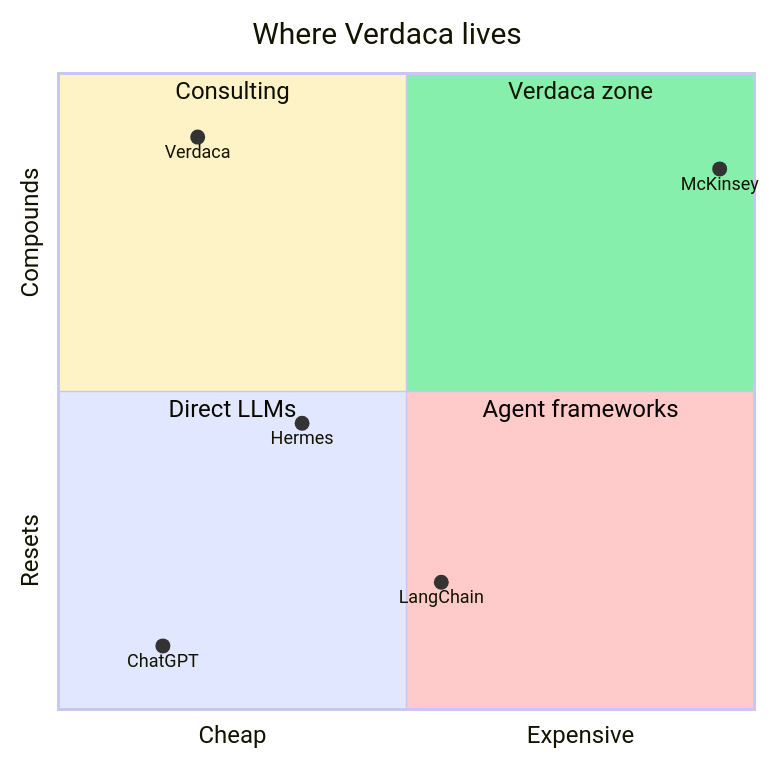
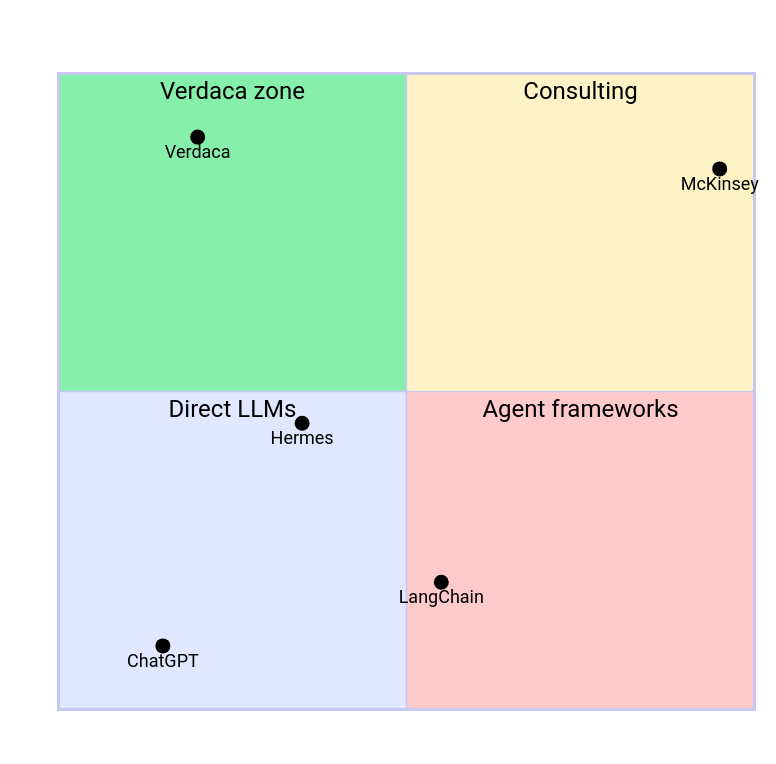
One commit to verdaca/VERDACA changed the first of 13 diagrams in docs/architecture-diagrams.md. Above: the diagram before and after it, drawn with Mermaid.

First paragraph of the commit message:
docs: Diagram 1 — fix swapped quadrant labels + black text inside
Two bugs in the quadrant chart:

````diff
--- a/docs/architecture-diagrams.md
+++ b/docs/architecture-diagrams.md
@@ -42,16 +42,16 @@
 ```mermaid
-%%{init: {'themeVariables': {'fontSize': '18px', 'quadrant1Fill': '#86efac', 'quadrant2Fill': '#fef3c7', 'quadrant3Fill': '#e0e7ff', 'quadrant4Fill': '#fecaca'}}}%%
+%%{init: {'themeVariables': {'fontSize': '20px', 'quadrant1Fill': '#fef3c7', 'quadrant2Fill': '#86efac', 'quadrant3Fill': '#e0e7ff', 'quadrant4Fill': '#fecaca', 'quadrant1TextFill': '#000', 'quadrant2TextFill': '#000', 'quadrant3TextFill': '#000', 'quadrant4TextFill': '#000', 'quadrantPointTextFill': '#000', 'quadrantPointFill': '#000', 'quadrantTitleFill': '#fff', 'quadrantXAxisTextFill': '#fff', 'quadrantYAxisTextFill': '#fff'}}}%%
 quadrantChart
     title Where Verdaca lives
     x-axis Cheap --> Expensive
     y-axis Resets --> Compounds
-    quadrant-1 Verdaca zone
-    quadrant-2 Consulting
+    quadrant-1 Consulting
+    quadrant-2 Verdaca zone
     quadrant-3 Direct LLMs
     quadrant-4 Agent frameworks
     "ChatGPT": [0.15, 0.10]
     "LangChain": [0.55, 0.20]
     "Hermes": [0.35, 0.45]
     "McKinsey": [0.95, 0.85]
     "Verdaca": [0.20, 0.90]
 ```
````
